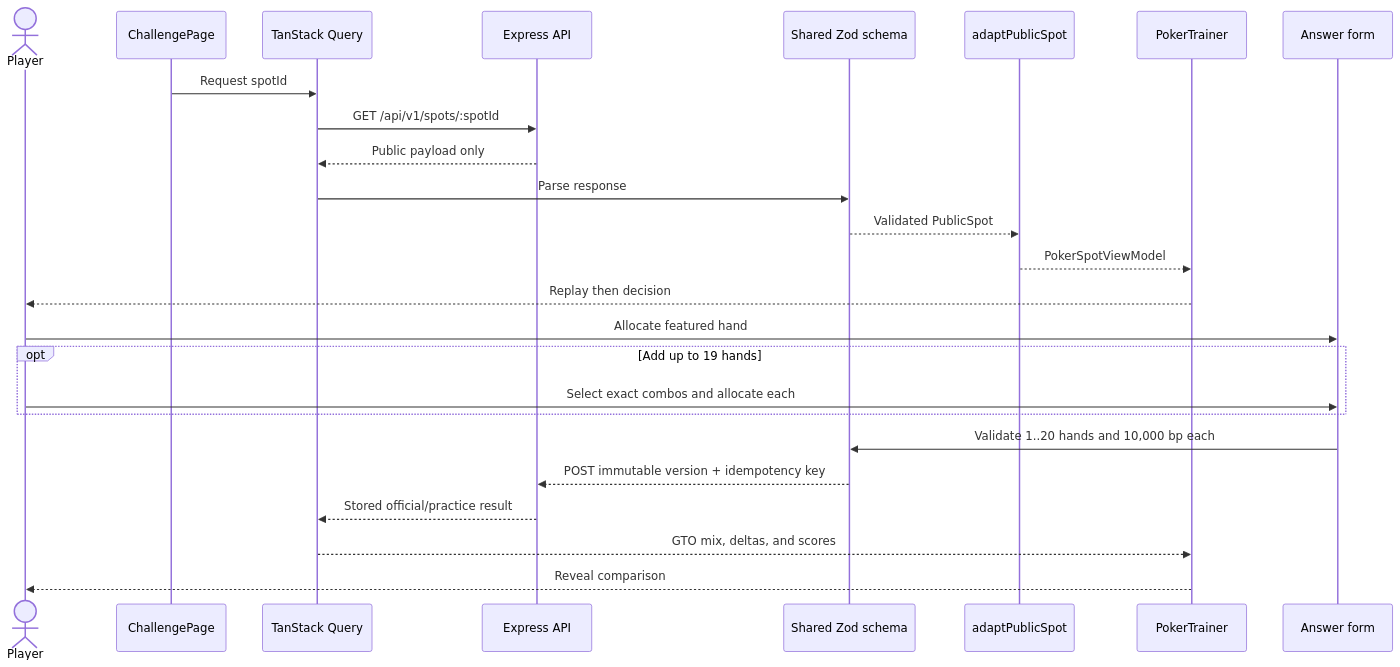
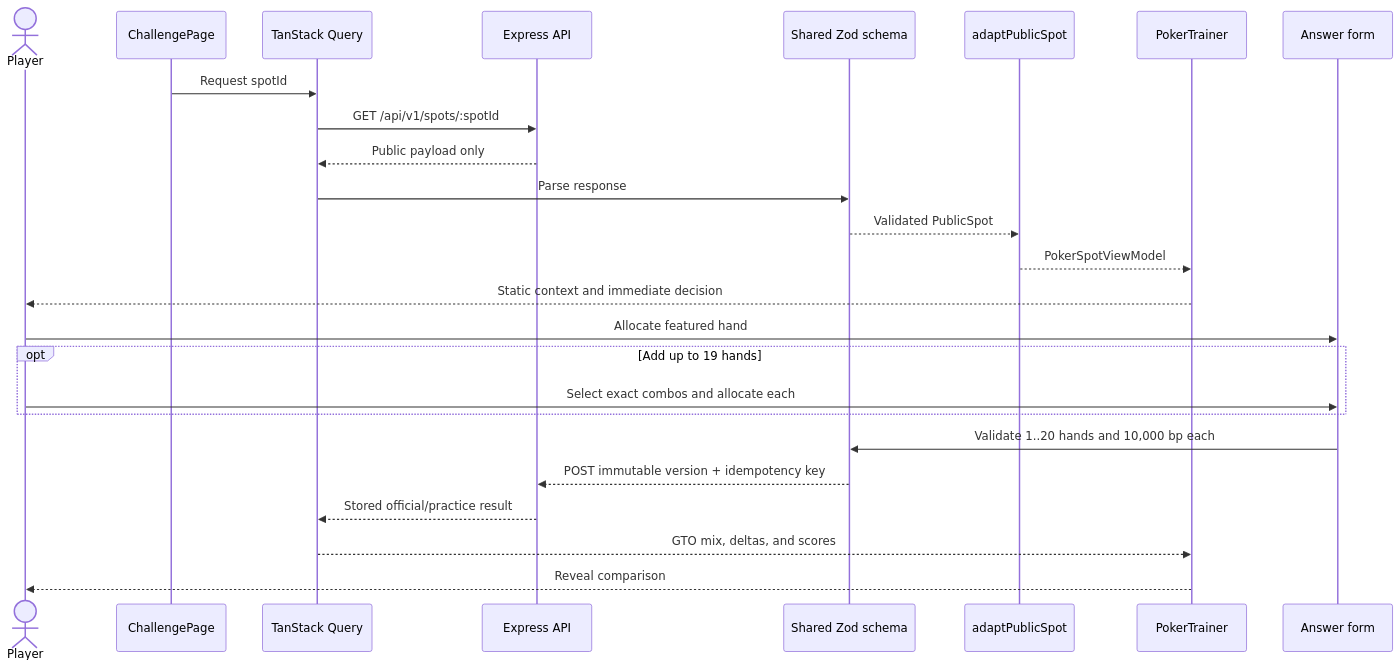
Before and after one commit to AnvithPabba/GTO-Poker-Daily-Spots-Front-End: the third of 4 diagrams in frontend-structure.md, drawn with Mermaid. The commit also changed other lines of this file and 18 other files, not shown here.

````diff
--- a/frontend-structure.md
+++ b/frontend-structure.md
@@ -294,28 +298,28 @@
 ```mermaid
 sequenceDiagram
     actor Player
     participant Page as ChallengePage
     participant Query as TanStack Query
     participant API as Express API
     participant Schema as Shared Zod schema
     participant Adapter as adaptPublicSpot
     participant Trainer as PokerTrainer
     participant Form as Answer form
 
     Page->>Query: Request spotId
     Query->>API: GET /api/v1/spots/:spotId
     API-->>Query: Public payload only
     Query->>Schema: Parse response
     Schema-->>Adapter: Validated PublicSpot
     Adapter-->>Trainer: PokerSpotViewModel
-    Trainer-->>Player: Replay then decision
+    Trainer-->>Player: Static context and immediate decision
     Player->>Form: Allocate featured hand
     opt Add up to 19 hands
         Player->>Form: Select exact combos and allocate each
     end
     Form->>Schema: Validate 1..20 hands and 10,000 bp each
     Schema-->>API: POST immutable version + idempotency key
     API-->>Query: Stored official/practice result
     Query-->>Trainer: GTO mix, deltas, and scores
     Trainer-->>Player: Reveal comparison
 ```
````
